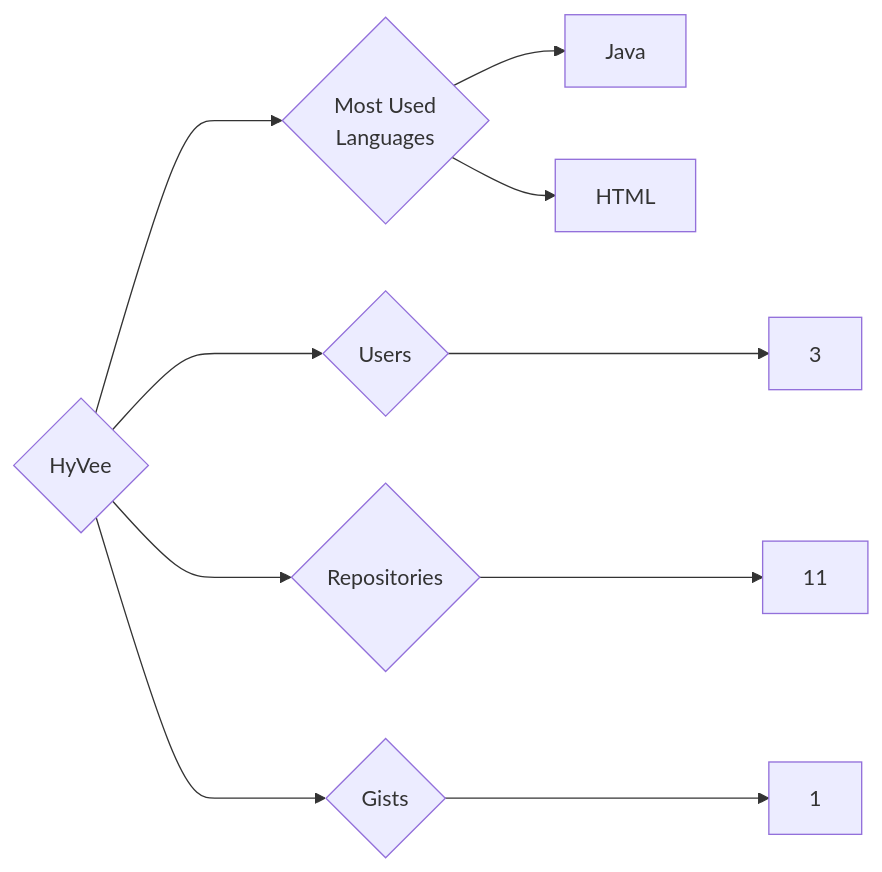
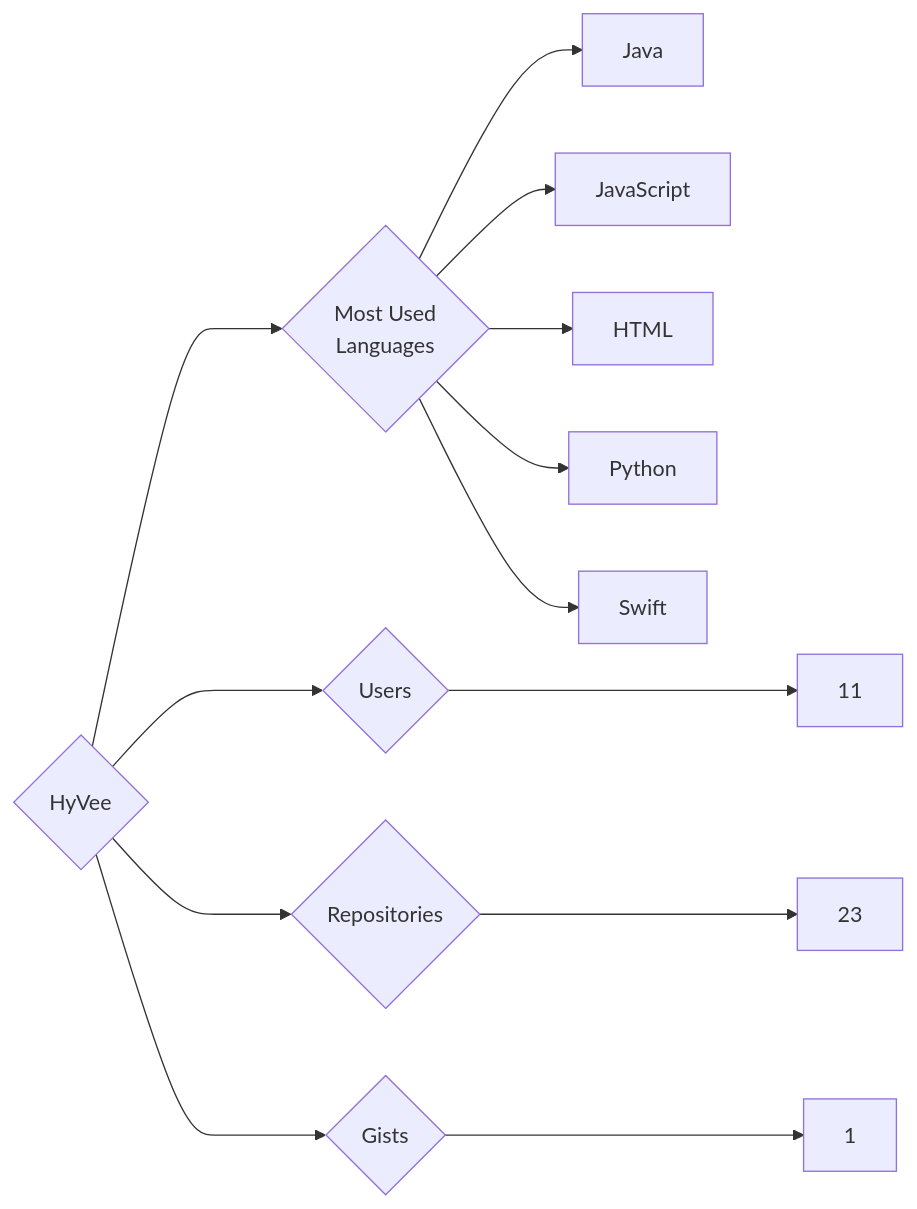
The diagram in targets/HyVee/README.md (trickest/insiders), drawn with Mermaid before and after one commit. The commit also changed 1148 other files, not shown here.

````diff
--- a/targets/HyVee/README.md
+++ b/targets/HyVee/README.md
@@ -3,10 +3,13 @@
 ```mermaid
 graph LR
 COMPANY_NAME{HyVee}
-COMPANY_NAME ---> U{Users} ---> UN[3]
-COMPANY_NAME ---> R{Repositories} ---> RN[11]
+COMPANY_NAME ---> U{Users} ---> UN[11]
+COMPANY_NAME ---> R{Repositories} ---> RN[23]
 COMPANY_NAME ---> G{Gists} ---> GN[1]
 COMPANY_NAME ---> ML{Most Used<br>Languages}
 ML --> Java[Java]
+ML --> JavaScript[JavaScript]
 ML --> HTML[HTML]
+ML --> Python[Python]
+ML --> Swift[Swift]
 ```
````
